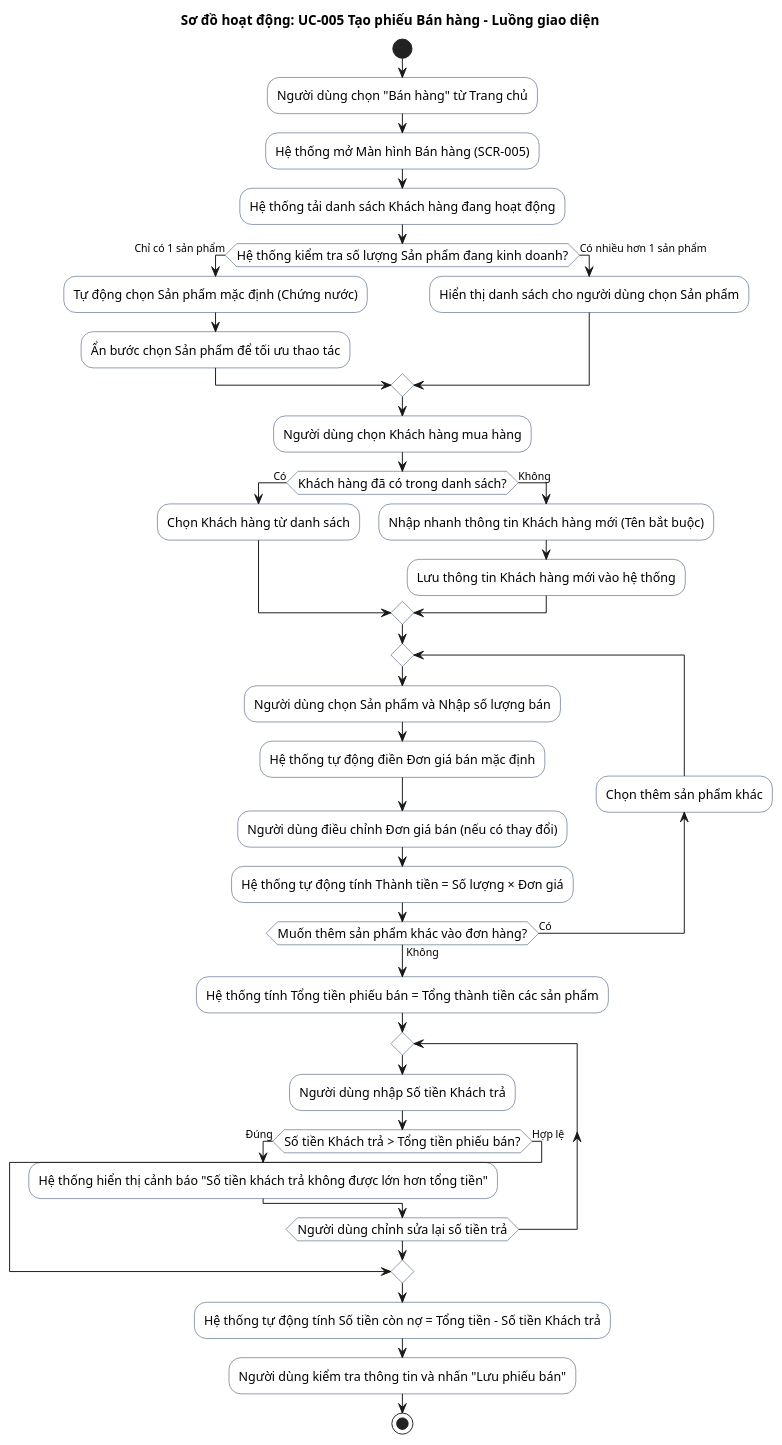
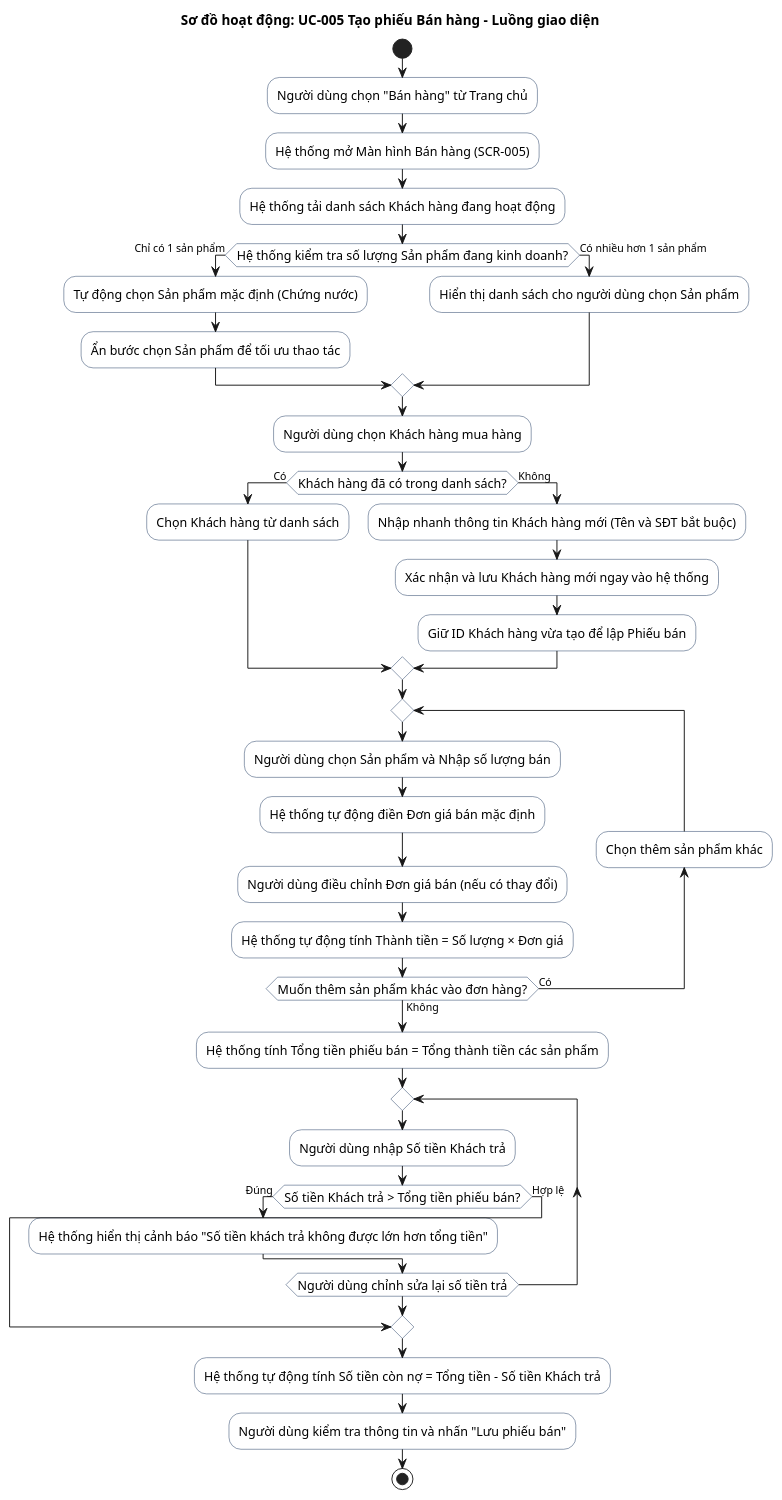
One commit to nhattoan235/FishBusinessManager changed the first of 2 diagrams in docs/ActivityDiagram/02_Sale.md. Above: the diagram before and after it, drawn with PlantUML. The commit also changed 29 other files, not shown here.

````diff
--- a/docs/ActivityDiagram/02_Sale.md
+++ b/docs/ActivityDiagram/02_Sale.md
@@ -19,55 +19,56 @@
 ```plantuml
 @startuml
 title Sơ đồ hoạt động: UC-005 Tạo phiếu Bán hàng - Luồng giao diện
 
 skinparam ActivityBackgroundColor #FFFFFF
 skinparam ActivityBorderColor #1A365D
 skinparam ActivityFontName Arial
 skinparam ActivityFontSize 13
 
 start
 :Người dùng chọn "Bán hàng" từ Trang chủ;
 :Hệ thống mở Màn hình Bán hàng (SCR-005);
 :Hệ thống tải danh sách Khách hàng đang hoạt động;
 
 if (Hệ thống kiểm tra số lượng Sản phẩm đang kinh doanh?) then (Chỉ có 1 sản phẩm)
   :Tự động chọn Sản phẩm mặc định (Chứng nước);
   :Ẩn bước chọn Sản phẩm để tối ưu thao tác;
 else (Có nhiều hơn 1 sản phẩm)
   :Hiển thị danh sách cho người dùng chọn Sản phẩm;
 endif
 
 :Người dùng chọn Khách hàng mua hàng;
 
 if (Khách hàng đã có trong danh sách?) then (Có)
   :Chọn Khách hàng từ danh sách;
 else (Không)
-  :Nhập nhanh thông tin Khách hàng mới (Tên bắt buộc);
-  :Lưu thông tin Khách hàng mới vào hệ thống;
+  :Nhập nhanh thông tin Khách hàng mới (Tên và SĐT bắt buộc);
+  :Xác nhận và lưu Khách hàng mới ngay vào hệ thống;
+  :Giữ ID Khách hàng vừa tạo để lập Phiếu bán;
 endif
 
 repeat
   :Người dùng chọn Sản phẩm và Nhập số lượng bán;
   :Hệ thống tự động điền Đơn giá bán mặc định;
   :Người dùng điều chỉnh Đơn giá bán (nếu có thay đổi);
   :Hệ thống tự động tính Thành tiền = Số lượng × Đơn giá;
 backward:Chọn thêm sản phẩm khác;
 repeat while (Muốn thêm sản phẩm khác vào đơn hàng?) is (Có) not (Không)
 
 :Hệ thống tính Tổng tiền phiếu bán = Tổng thành tiền các sản phẩm;
 
 repeat
   :Người dùng nhập Số tiền Khách trả;
   if (Số tiền Khách trả > Tổng tiền phiếu bán?) then (Đúng)
     :Hệ thống hiển thị cảnh báo "Số tiền khách trả không được lớn hơn tổng tiền";
   else (Hợp lệ)
     break
   endif
 repeat while (Người dùng chỉnh sửa lại số tiền trả)
 
 :Hệ thống tự động tính Số tiền còn nợ = Tổng tiền - Số tiền Khách trả;
 :Người dùng kiểm tra thông tin và nhấn "Lưu phiếu bán";
 
 stop
 @enduml
 ```
````
